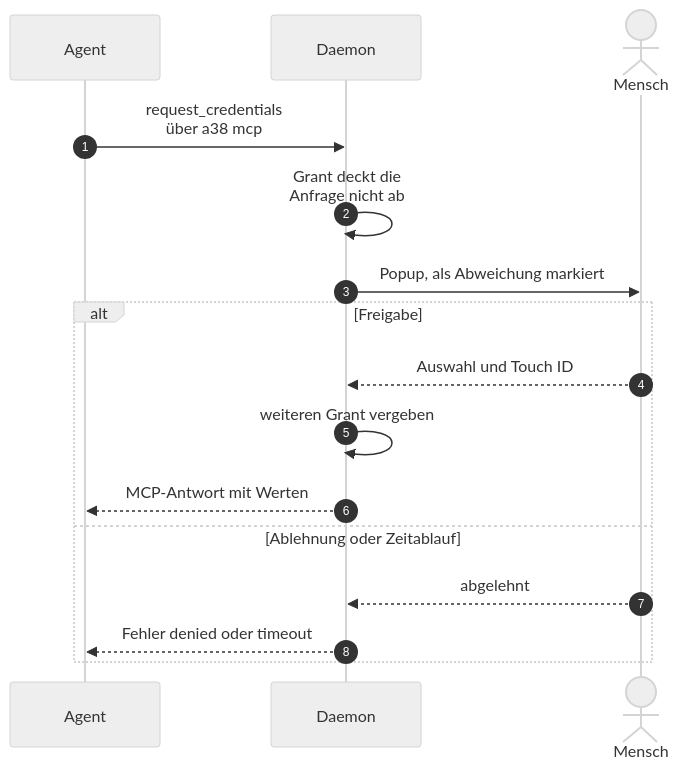
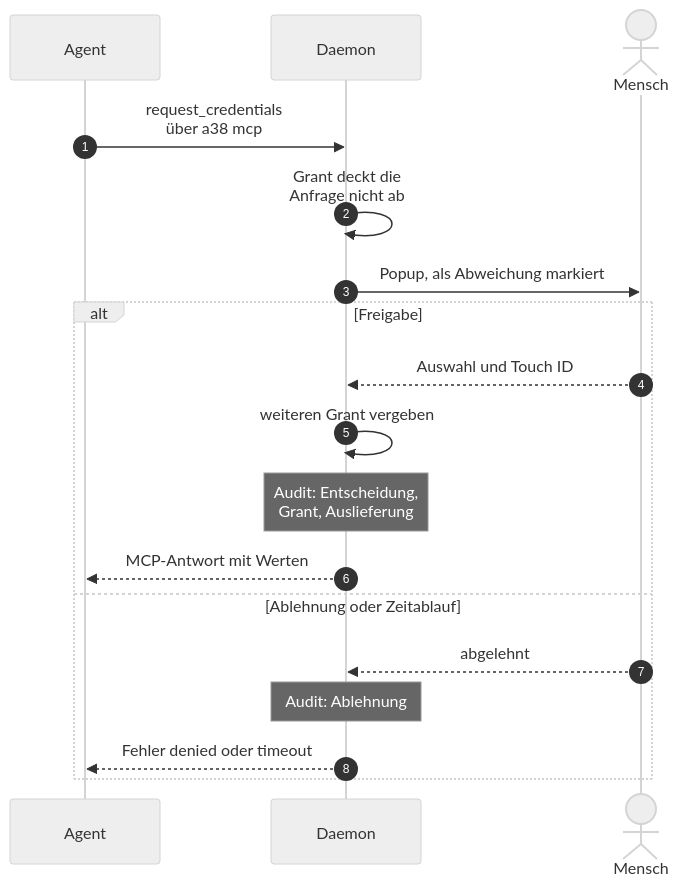
One commit to seletz/passierschein changed the diagram in docs/design/use-cases/UC3_ein-agent-fordert-zugangsdaten-ausserhalb.md. Above: the diagram before and after it, drawn with Mermaid (neutral theme). The commit also changed 15 other files, not shown here.

````diff
--- a/docs/design/use-cases/UC3_ein-agent-fordert-zugangsdaten-ausserhalb.md
+++ b/docs/design/use-cases/UC3_ein-agent-fordert-zugangsdaten-ausserhalb.md
@@ -23,18 +23,20 @@
 ```mermaid
 sequenceDiagram
     autonumber
     participant A as Agent
     participant D as Daemon
     actor H as Mensch
     A->>D: request_credentials<br/>über a38 mcp
     D->>D: Grant deckt die<br/>Anfrage nicht ab
     D->>H: Popup, als Abweichung markiert
     alt Freigabe
         H-->>D: Auswahl und Touch ID
         D->>D: weiteren Grant vergeben
+        Note over D: Audit: Entscheidung,<br/>Grant, Auslieferung
         D-->>A: MCP-Antwort mit Werten
     else Ablehnung oder Zeitablauf
         H-->>D: abgelehnt
+        Note over D: Audit: Ablehnung
         D-->>A: Fehler denied oder timeout
     end
 ```
````
